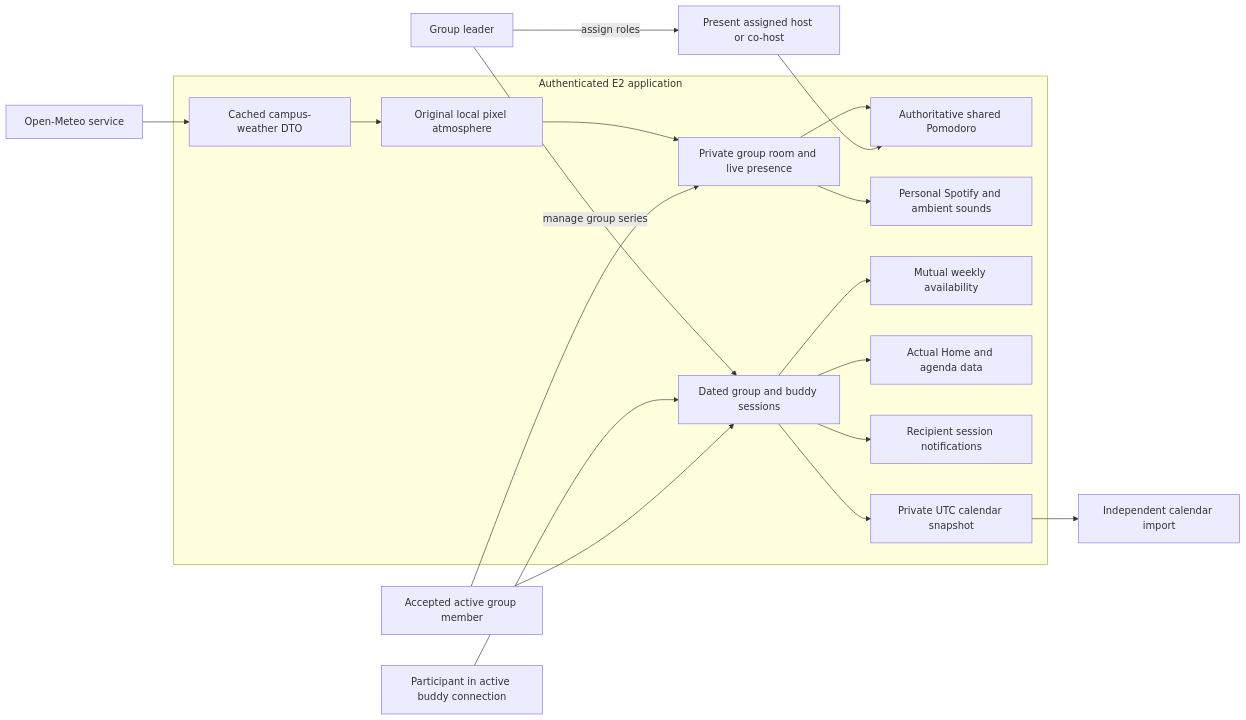
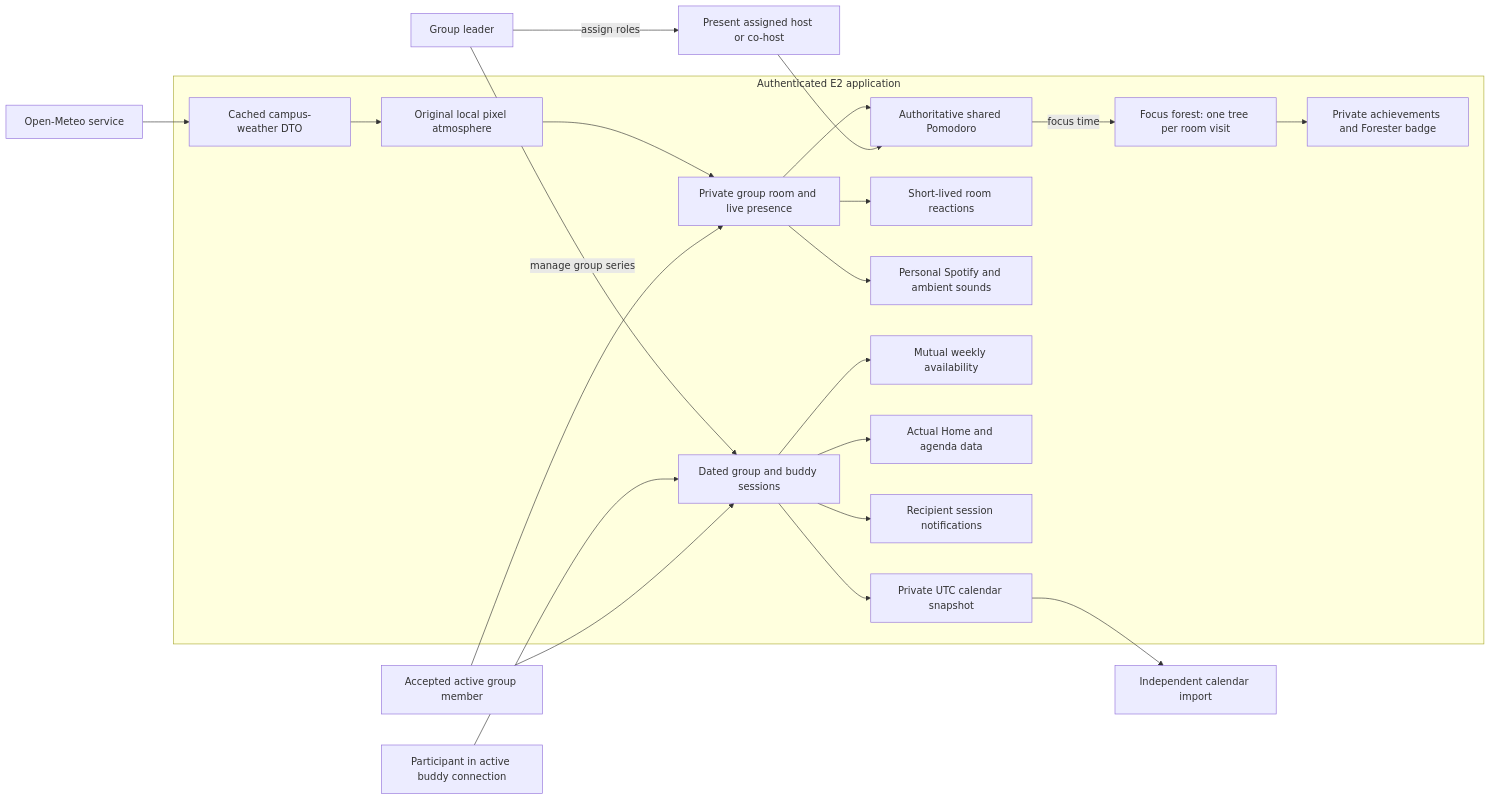
Before and after one commit to aryan12singh/study-buddy-matcher: the third of 7 diagrams in docs/diagrams/PLATFORM.md, drawn with Mermaid. The commit also changed other lines of this file and 396 other files, not shown here.

````diff
--- a/docs/diagrams/PLATFORM.md
+++ b/docs/diagrams/PLATFORM.md
@@ -124,35 +124,41 @@
 ```mermaid
 flowchart LR
     Member[Accepted active group member]
     Buddy[Participant in active buddy connection]
     Leader[Group leader]
     Host[Present assigned host or co-host]
     subgraph E2[Authenticated E2 application]
         Room[Private group room and live presence]
         Timer[Authoritative shared Pomodoro]
+        Reactions[Short-lived room reactions]
+        Forest[Focus forest: one tree per room visit]
+        Badges[Private achievements and Forester badge]
         Music[Personal Spotify and ambient sounds]
         Sessions[Dated group and buddy sessions]
         Suggestions[Mutual weekly availability]
         Home[Actual Home and agenda data]
         Events[Recipient session notifications]
         Calendar[Private UTC calendar snapshot]
         Weather[Cached campus-weather DTO]
         Theme[Original local pixel atmosphere]
     end
     Member --> Room
     Member --> Sessions
     Buddy --> Sessions
     Leader -->|assign roles| Host
     Leader -->|manage group series| Sessions
     Host --> Timer
     Room --> Timer
     Room --> Music
+    Room --> Reactions
+    Timer -->|focus time| Forest
+    Forest --> Badges
     Sessions --> Suggestions
     Sessions --> Home
     Sessions --> Events
     Sessions --> Calendar
     Calendar --> Offline[Independent calendar import]
     OpenMeteo[Open-Meteo service] --> Weather
     Weather --> Theme
     Theme --> Room
 ```
````
